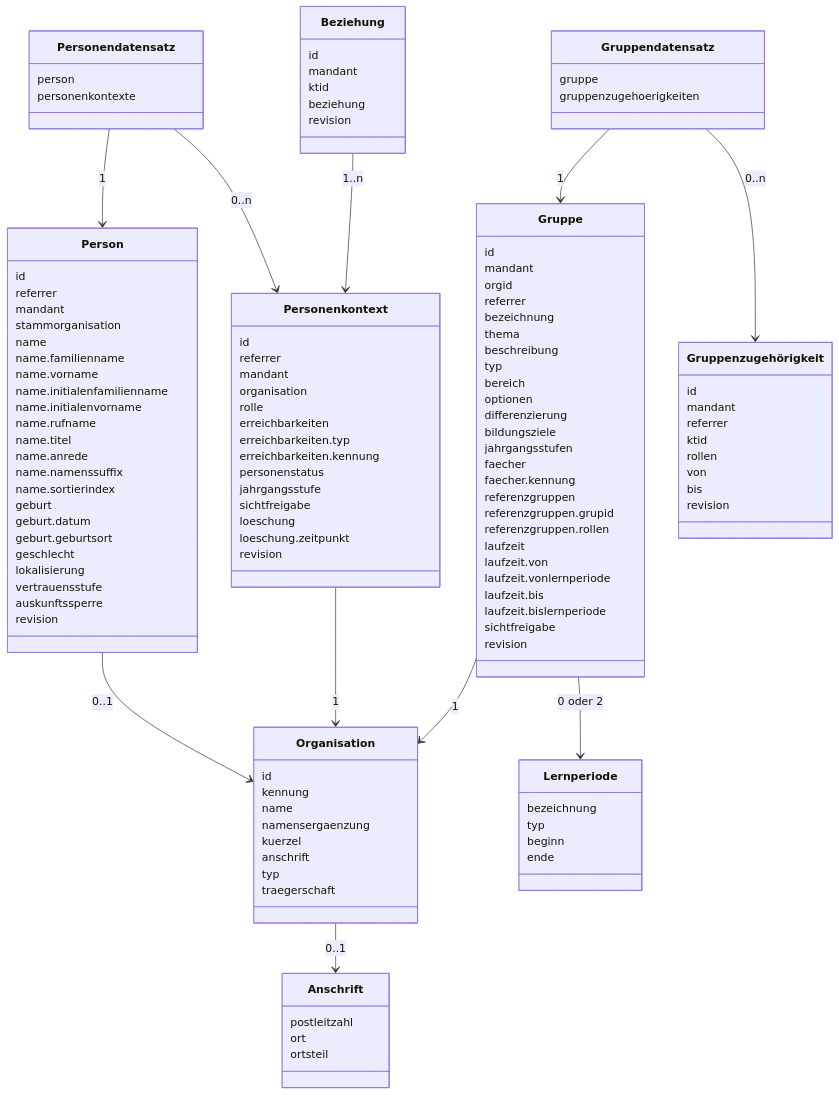
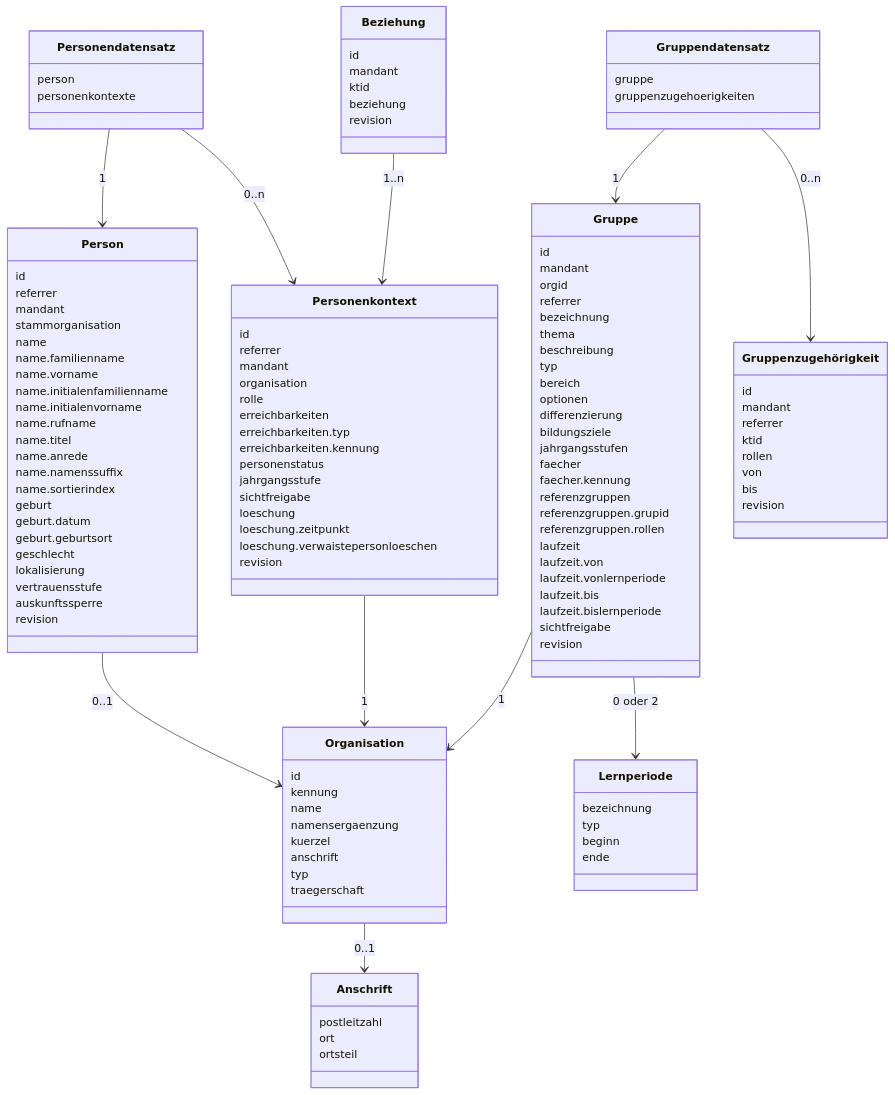
Before and after one commit to Schulconnex/Schulconnex: the diagram in docs/datenmodell/datenmodell.md, drawn with Mermaid. The commit also changed 2 other files, not shown here.

Commit message:
Attribut "verwaistepersonloeschen"
Attribut "verwaistepersonloeschen" bei  Datenmodell Personenkontext hinzugefügt

```diff
--- a/docs/datenmodell/datenmodell.md
+++ b/docs/datenmodell/datenmodell.md
@@ -70,6 +70,7 @@
     sichtfreigabe
     loeschung
     loeschung.zeitpunkt
+    loeschung.verwaistepersonloeschen
     revision
   }
   class Gruppendatensatz {
```
